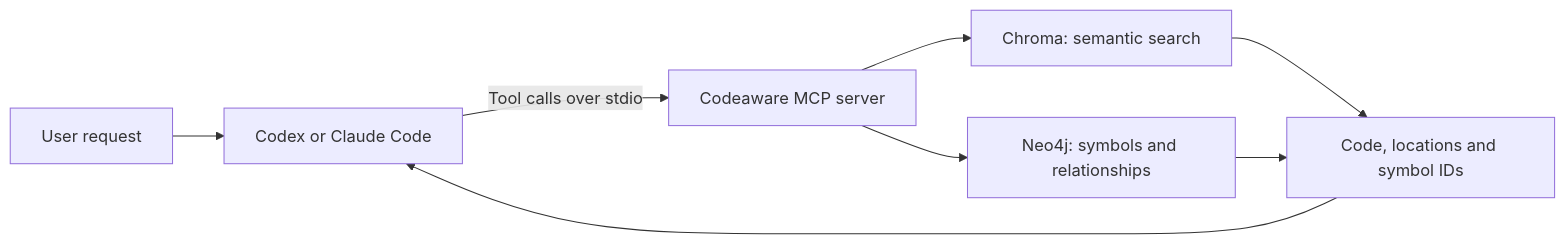
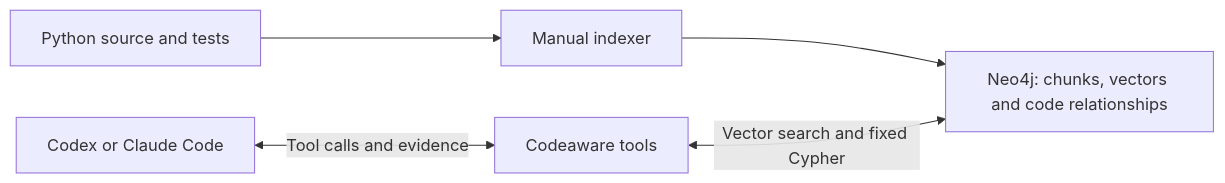
Before and after one commit to HendrikDroste/codeaware-rag: the diagram in README.md, drawn with Mermaid. The commit also changed other lines of this file and 42 other files, not shown here.

Commit message:
Consolidate semantic and graph retrieval in Neo4j

````diff
--- a/README.md
+++ b/README.md
@@ -14,10 +13,7 @@
 ```mermaid
 flowchart LR
-    User[User request] --> Host[Codex or Claude Code]
-    Host -->|Tool calls over stdio| MCP[Codeaware MCP server]
-    MCP --> Vector[Chroma: semantic search]
-    MCP --> Graph[Neo4j: symbols and relationships]
-    Vector --> Context[Code, locations and symbol IDs]
-    Graph --> Context
-    Context --> Host
+    Files[Python source and tests] --> Index[Manual indexer]
+    Index --> DB[Neo4j: chunks, vectors and code relationships]
+    Agent[Codex or Claude Code] <-->|Tool calls and evidence| MCP[Codeaware tools]
+    MCP <-->|Vector search and fixed Cypher| DB
 ```
````
